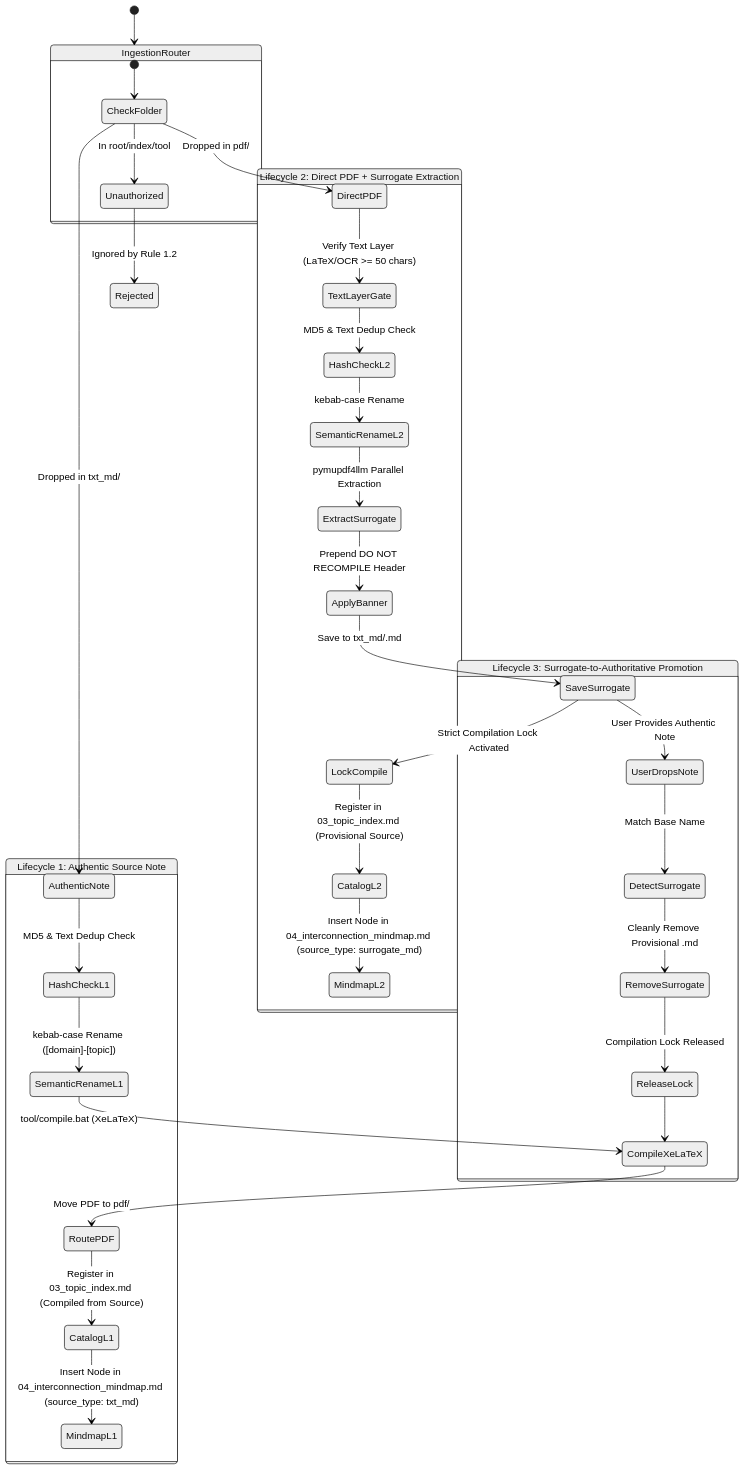
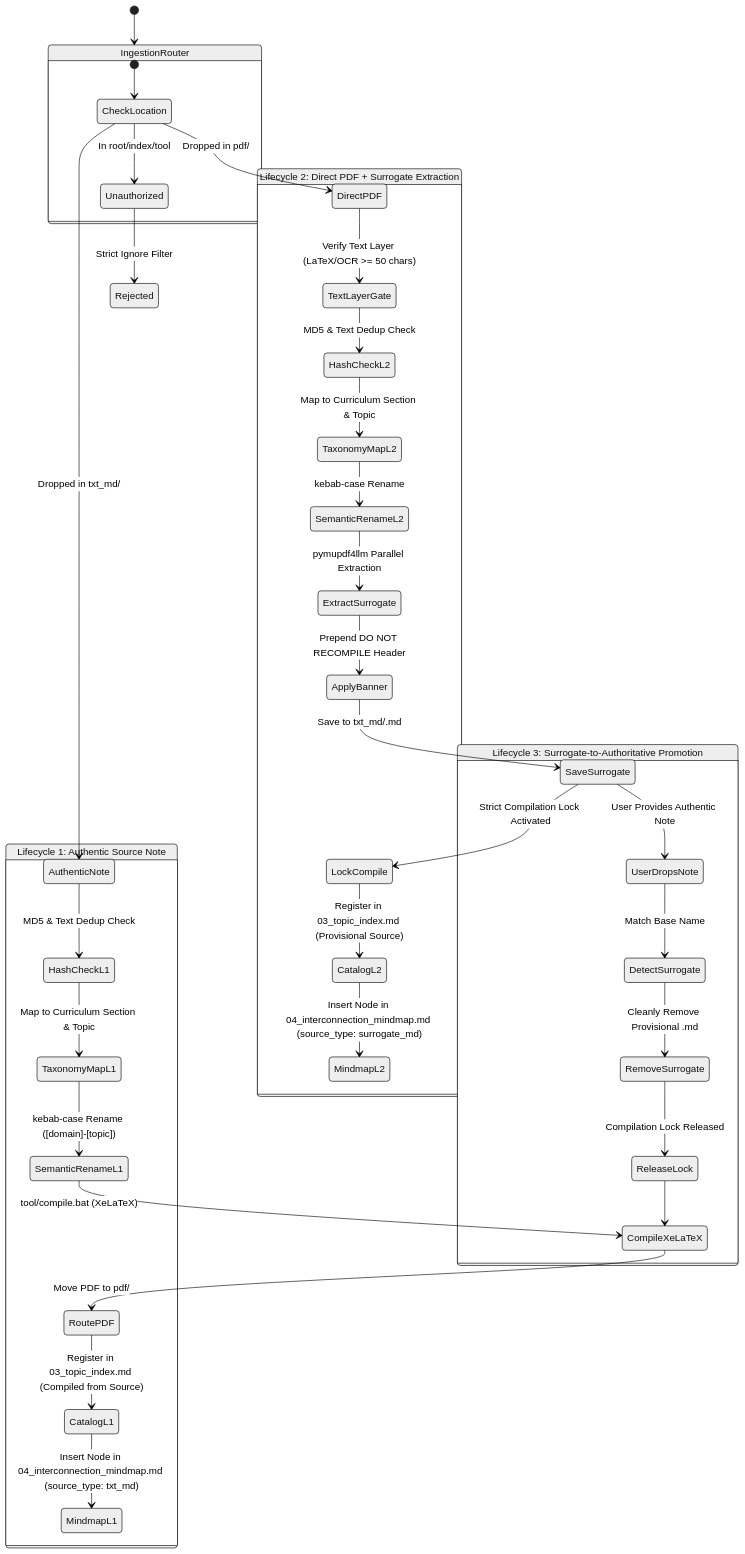
One commit to Thunderock7777/notesManagement changed the diagram in md_skill/management_skill.md. Above: the diagram before and after it, drawn with Mermaid (neutral theme). The commit also changed other lines of this file and 3 other files, not shown here.

````diff
--- a/md_skill/management_skill.md
+++ b/md_skill/management_skill.md
@@ -45,42 +83,44 @@
 ```mermaid
 stateDiagram-v2
     [*] --> IngestionRouter
 
     state IngestionRouter {
-        [*] --> CheckFolder
-        CheckFolder --> AuthenticNote: Dropped in txt_md/
-        CheckFolder --> DirectPDF: Dropped in pdf/
-        CheckFolder --> Unauthorized: In root/index/tool
+        [*] --> CheckLocation
+        CheckLocation --> AuthenticNote: Dropped in txt_md/
+        CheckLocation --> DirectPDF: Dropped in pdf/
+        CheckLocation --> Unauthorized: In root/index/tool
     }
 
-    Unauthorized --> Rejected: Ignored by Rule 1.2
+    Unauthorized --> Rejected: Strict Ignore Filter
 
     state "Lifecycle 1: Authentic Source Note" as L1 {
         AuthenticNote --> HashCheckL1: MD5 & Text Dedup Check
-        HashCheckL1 --> SemanticRenameL1: kebab-case Rename ([domain]-[topic])
+        HashCheckL1 --> TaxonomyMapL1: Map to Curriculum Section & Topic
+        TaxonomyMapL1 --> SemanticRenameL1: kebab-case Rename ([domain]-[topic])
         SemanticRenameL1 --> CompileXeLaTeX: tool/compile.bat (XeLaTeX)
         CompileXeLaTeX --> RoutePDF: Move PDF to pdf/
         RoutePDF --> CatalogL1: Register in 03_topic_index.md (Compiled from Source)
         CatalogL1 --> MindmapL1: Insert Node in 04_interconnection_mindmap.md (source_type: txt_md)
     }
 
     state "Lifecycle 2: Direct PDF + Surrogate Extraction" as L2 {
         DirectPDF --> TextLayerGate: Verify Text Layer (LaTeX/OCR >= 50 chars)
         TextLayerGate --> HashCheckL2: MD5 & Text Dedup Check
-        HashCheckL2 --> SemanticRenameL2: kebab-case Rename
+        HashCheckL2 --> TaxonomyMapL2: Map to Curriculum Section & Topic
+        TaxonomyMapL2 --> SemanticRenameL2: kebab-case Rename
         SemanticRenameL2 --> ExtractSurrogate: pymupdf4llm Parallel Extraction
         ExtractSurrogate --> ApplyBanner: Prepend DO NOT RECOMPILE Header
         ApplyBanner --> SaveSurrogate: Save to txt_md/<name>.md
         SaveSurrogate --> LockCompile: Strict Compilation Lock Activated
         LockCompile --> CatalogL2: Register in 03_topic_index.md (Provisional Source)
         CatalogL2 --> MindmapL2: Insert Node in 04_interconnection_mindmap.md (source_type: surrogate_md)
     }
 
     state "Lifecycle 3: Surrogate-to-Authoritative Promotion" as L3 {
         SaveSurrogate --> UserDropsNote: User Provides Authentic Note
         UserDropsNote --> DetectSurrogate: Match Base Name
         DetectSurrogate --> RemoveSurrogate: Cleanly Remove Provisional .md
         RemoveSurrogate --> ReleaseLock: Compilation Lock Released
         ReleaseLock --> CompileXeLaTeX
     }
 ```
````
